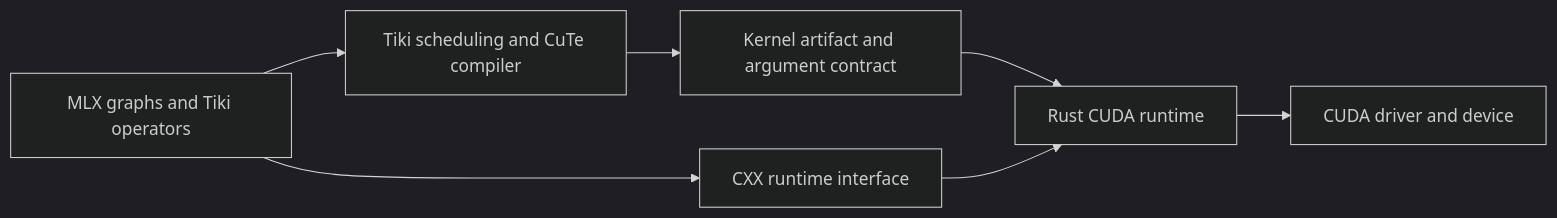
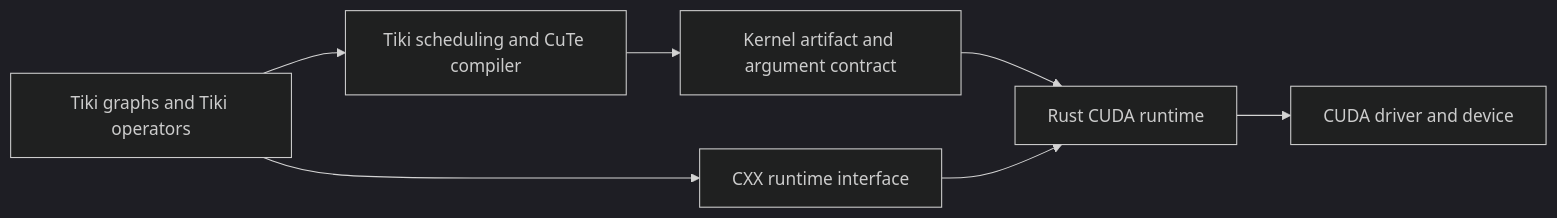
Before and after one commit to dedalus-labs/tiki: the diagram in experiments/rust_backend/ARCHITECTURE.md, drawn with Mermaid (dark theme). The commit also changed other lines of this file and 1610 other files, not shown here.

First line of the commit message:
refactor: rename the framework from MLX to Tiki

````diff
--- a/experiments/rust_backend/ARCHITECTURE.md
+++ b/experiments/rust_backend/ARCHITECTURE.md
@@ -23,9 +23,9 @@
 ```mermaid
 flowchart LR
-    model[MLX graphs and Tiki operators] --> bridge[CXX runtime interface]
+    model[Tiki graphs and Tiki operators] --> bridge[CXX runtime interface]
     model --> compiler[Tiki scheduling and CuTe compiler]
     compiler --> artifact[Kernel artifact and argument contract]
     artifact --> runtime[Rust CUDA runtime]
     bridge --> runtime
     runtime --> cuda[CUDA driver and device]
 ```
````
